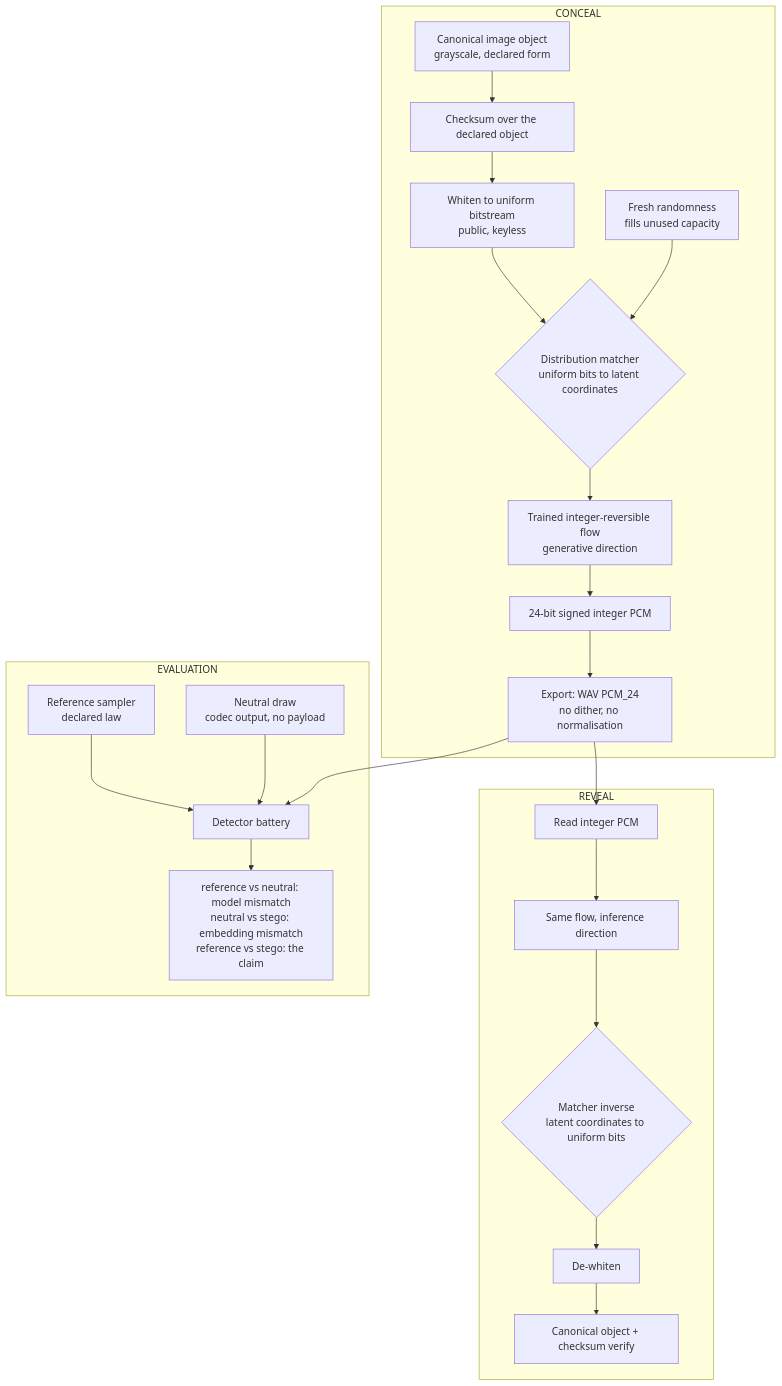
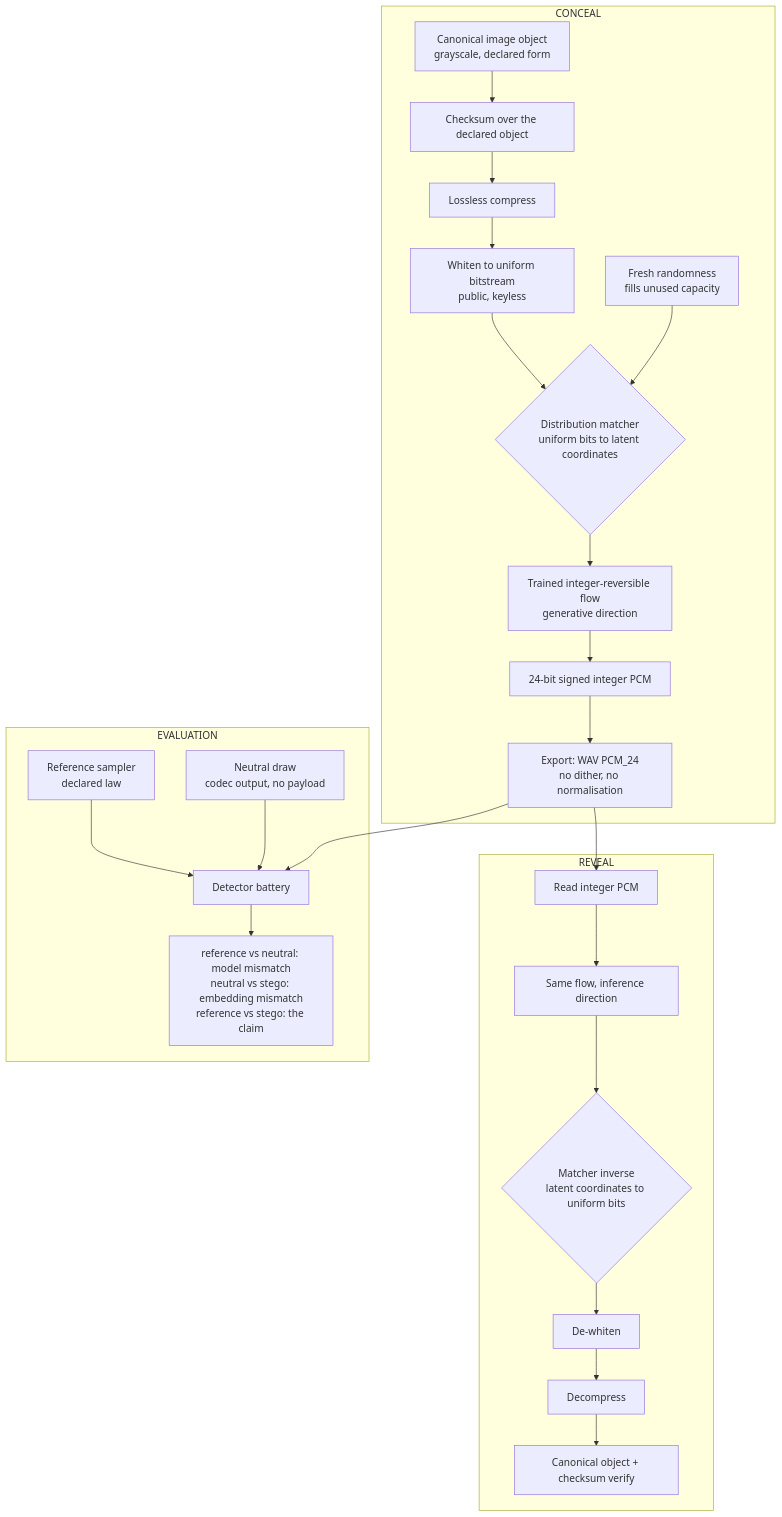
One commit to dead-tom/Athena_Noctua_Steg_INN_ODE changed the diagram in docs/method/ARCHITECTURE.md. Above: the diagram before and after it, drawn with Mermaid. The commit also changed other lines of this file and 4 other files, not shown here.

Commit message:
D-COMPRESS: keep lossless compression; reconcile FORMULATION and ARCHITECTURE with PIPELINE.mermaid; gitignore runs/

````diff
--- a/docs/method/ARCHITECTURE.md
+++ b/docs/method/ARCHITECTURE.md
@@ -29,27 +30,29 @@
 ```mermaid
 flowchart TD
     subgraph CONCEAL
         A[Canonical image object<br/>grayscale, declared form] --> B[Checksum over the declared object]
-        B --> C[Whiten to uniform bitstream<br/>public, keyless]
+        B --> BC[Lossless compress]
+        BC --> C[Whiten to uniform bitstream<br/>public, keyless]
         C --> D{Distribution matcher<br/>uniform bits to latent coordinates}
         R[Fresh randomness<br/>fills unused capacity] --> D
         D --> E[Trained integer-reversible flow<br/>generative direction]
         E --> F[24-bit signed integer PCM]
         F --> G[Export: WAV PCM_24<br/>no dither, no normalisation]
     end
 
     subgraph REVEAL
         G --> H[Read integer PCM]
         H --> I[Same flow, inference direction]
         I --> J{Matcher inverse<br/>latent coordinates to uniform bits}
         J --> K[De-whiten]
-        K --> L[Canonical object + checksum verify]
+        K --> KD[Decompress]
+        KD --> L[Canonical object + checksum verify]
     end
 
     subgraph EVALUATION
         S[Reference sampler<br/>declared law] --> M[Detector battery]
         N[Neutral draw<br/>codec output, no payload] --> M
         G --> M
         M --> O[reference vs neutral: model mismatch<br/>neutral vs stego: embedding mismatch<br/>reference vs stego: the claim]
     end
 ```
````
